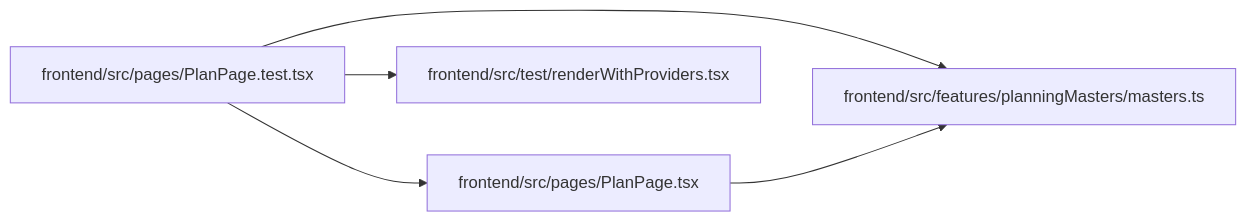
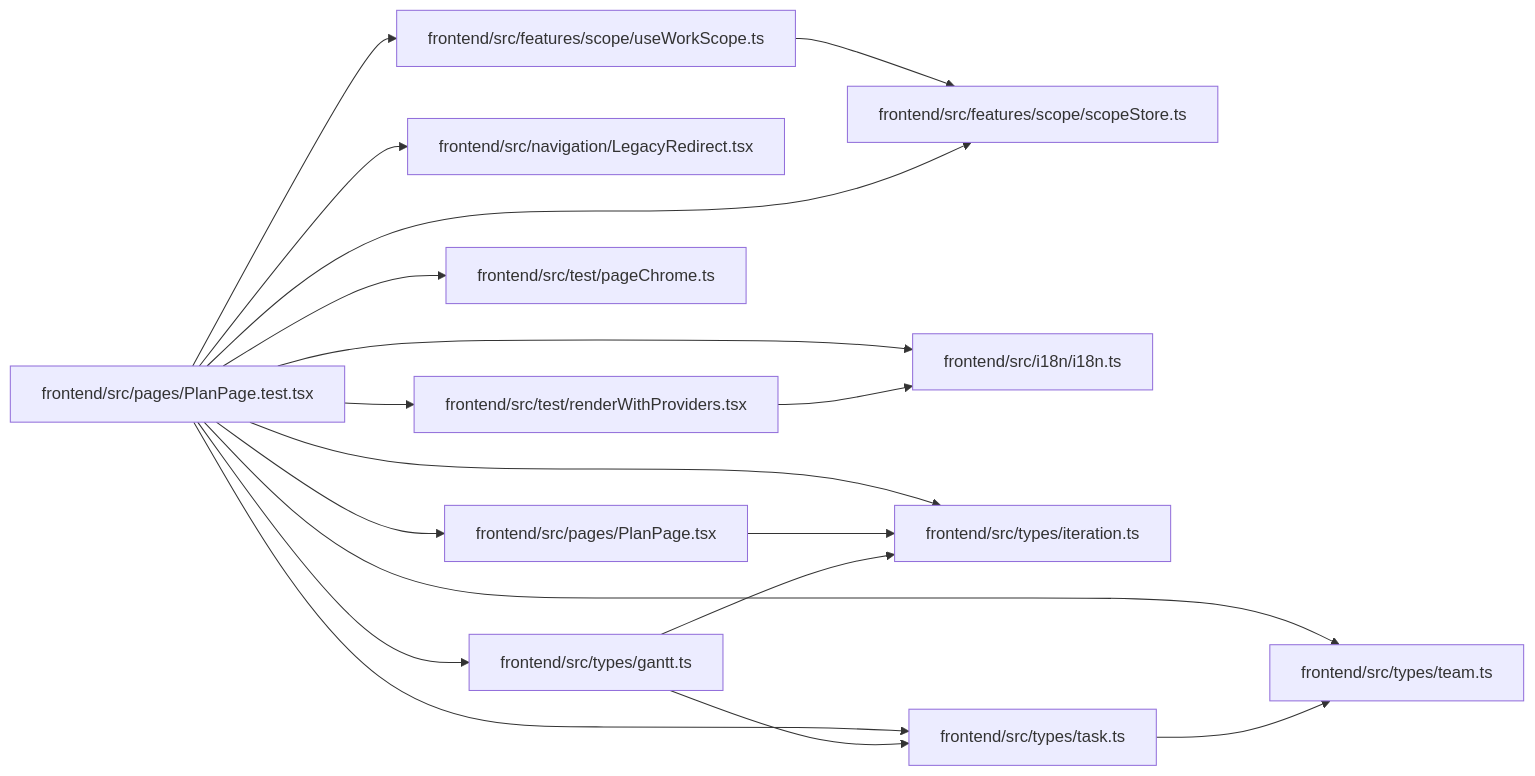
The diagram in docs/llm_wiki/modules/PlanPage.test.md (Denissvgn/WorkChord), drawn with Mermaid before and after one commit. The commit also changed other lines of this file and 2373 other files, not shown here.

````diff
--- a/docs/llm_wiki/modules/PlanPage.test.md
+++ b/docs/llm_wiki/modules/PlanPage.test.md
@@ -30,15 +41,44 @@
 ```mermaid
 flowchart LR
-    n0["frontend/src/features/planningMasters/masters.ts"]
-    n1["frontend/src/pages/PlanPage.test.tsx"]
-    n2["frontend/src/pages/PlanPage.tsx"]
-    n3["frontend/src/test/renderWithProviders.tsx"]
+    n0["frontend/src/features/scope/scopeStore.ts"]
+    n1["frontend/src/features/scope/useWorkScope.ts"]
+    n2["frontend/src/i18n/i18n.ts"]
+    n3["frontend/src/navigation/LegacyRedirect.tsx"]
+    n4["frontend/src/pages/PlanPage.test.tsx"]
+    n5["frontend/src/pages/PlanPage.tsx"]
+    n6["frontend/src/test/pageChrome.ts"]
+    n7["frontend/src/test/renderWithProviders.tsx"]
+    n8["frontend/src/types/gantt.ts"]
+    n9["frontend/src/types/iteration.ts"]
+    n10["frontend/src/types/task.ts"]
+    n11["frontend/src/types/team.ts"]
     n1 --> n0
-    n1 --> n2
-    n1 --> n3
-    n2 --> n0
-    click n0 "../modules/planningMasters_masters.md"
-    click n1 "../modules/PlanPage.test.md"
-    click n2 "../modules/PlanPage.md"
-    click n3 "../modules/renderWithProviders.md"
+    n4 --> n0
+    n4 --> n1
+    n4 --> n2
+    n4 --> n3
+    n4 --> n5
+    n4 --> n6
+    n4 --> n7
+    n4 --> n8
+    n4 --> n9
+    n4 --> n10
+    n4 --> n11
+    n5 --> n9
+    n7 --> n2
+    n8 --> n9
+    n8 --> n10
+    n10 --> n11
+    click n0 "../modules/scopeStore.md"
+    click n1 "../modules/useWorkScope.md"
+    click n2 "../modules/i18n.md"
+    click n3 "../modules/LegacyRedirect.md"
+    click n4 "../modules/PlanPage.test.md"
+    click n5 "../modules/PlanPage.md"
+    click n6 "../modules/pageChrome.md"
+    click n7 "../modules/renderWithProviders.md"
+    click n8 "../modules/types_gantt.md"
+    click n9 "../modules/types_iteration.md"
+    click n10 "../modules/types_task.md"
+    click n11 "../modules/types_team.md"
 ```
````
